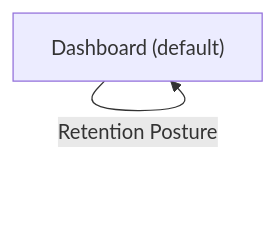
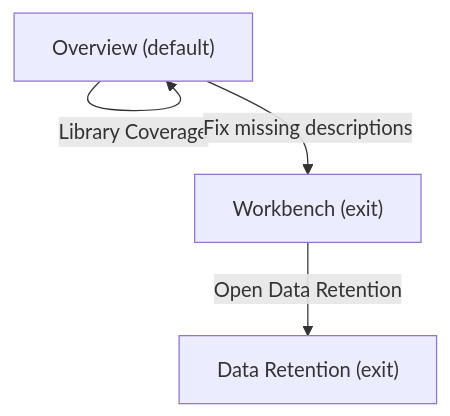
One commit to darce/context-alt-text-monorepo changed the third of 3 diagrams in apps/prototype-wp-alt-context/docs/ux-maps/dashboard.md. Above: the diagram before and after it, drawn with Mermaid. The commit also changed other lines of this file and 1 other file, not shown here.

Commit message:
fix(admin,DUX-W2D14-RV-01,DUX-W2D14-RV-02,DUX-W2D14-RV-03,DUX-W2D14-RV-04,DUX-W2D14-RV-05,DUX-W2D14-RV-06,DUX-W2D14-RV-07): align dashboard uxmap with rendered code

````diff
--- a/apps/prototype-wp-alt-context/docs/ux-maps/dashboard.md
+++ b/apps/prototype-wp-alt-context/docs/ux-maps/dashboard.md
@@ -235,7 +315,9 @@
 ```mermaid
 flowchart TD
-  n_dashboard_maintenance["Dashboard (default)"]
+  n_dashboard_maintenance["Overview (default)"]
+  n_exit_workbench_fix["Workbench (exit)"]
+  n_exit_retention["Data Retention (exit)"]
   n_dashboard_maintenance -->|Library Coverage| n_dashboard_maintenance
-  n_dashboard_maintenance -->|Fix missing descriptions| n_dashboard_maintenance
-  n_dashboard_maintenance -->|Retention Posture| n_dashboard_maintenance
+  n_dashboard_maintenance -->|Fix missing descriptions| n_exit_workbench_fix
+  n_exit_workbench_fix -->|Open Data Retention| n_exit_retention
 ```
````
